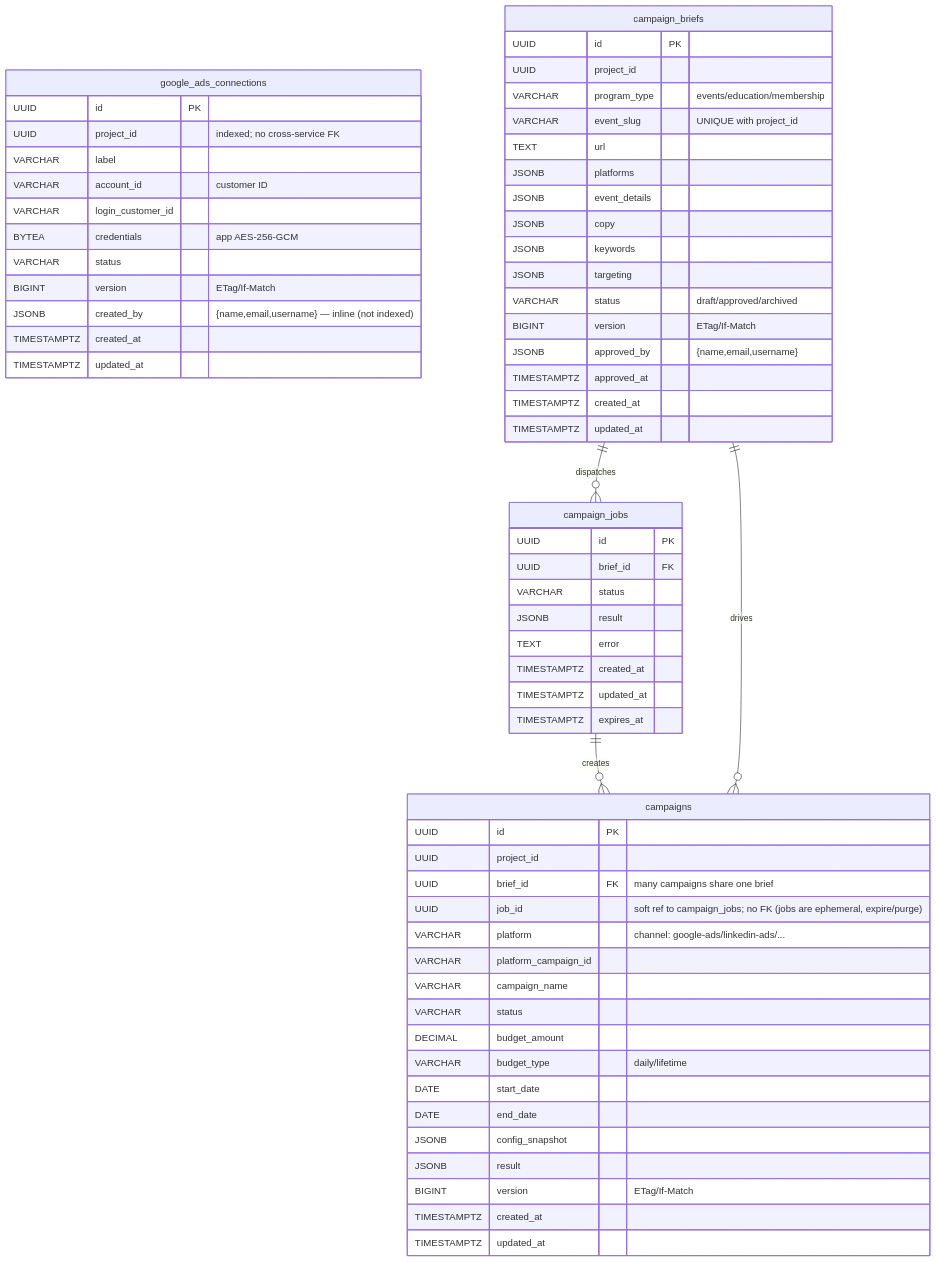
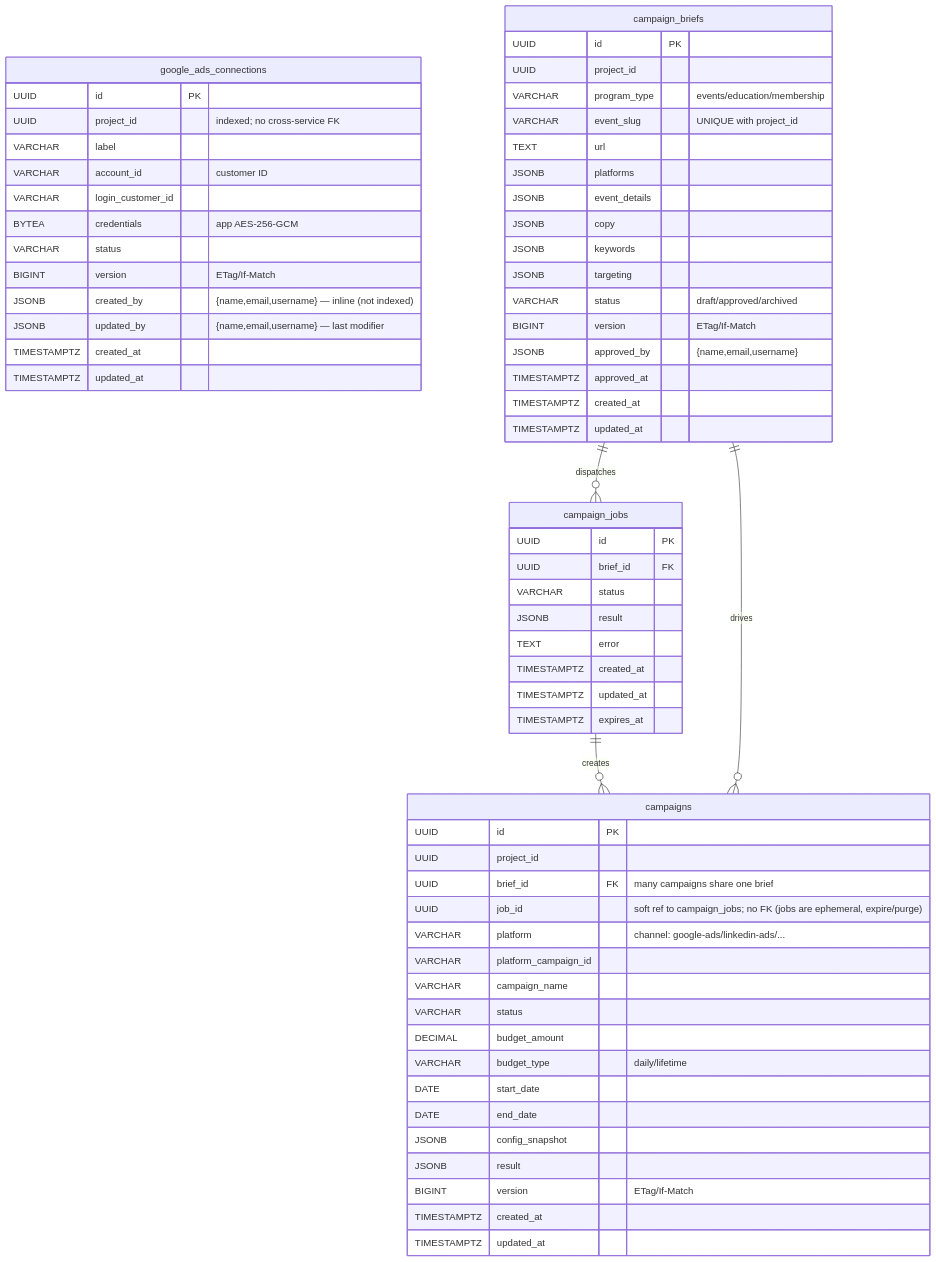
Before and after one commit to linuxfoundation/lfx-v2-campaign-service: the seventh of 8 diagrams in docs/architecture.md, drawn with Mermaid. The commit also changed 2 other files, not shown here.

Commit message:
docs: address Copilot comments Eric endorsed
Per Eric's agreement replies on the Copilot threads:
- Add updated_by alongside created_by on the connection tables (Eric's
  suggestion) — in the common-columns fragment, google_ads DDL, ER
  diagram, Principle 5, and Security bullet. Fix the inline 'common
  columns (see above)' list to include created_by/updated_by.
- Narrow API-rule 3: only briefs and campaigns are indexed into the
  Query Service; connections are read directly (resolves the 'all
  resources are indexed' vs 'connections not indexed' contradiction).

(The marketing_auditor thread needs no change — Eric confirmed the doc
is correct and the upstream model.fga comment is what's stale.)

LFXV2-2553

````diff
--- a/docs/architecture.md
+++ b/docs/architecture.md
@@ -340,70 +340,71 @@
 ```mermaid
 erDiagram
     google_ads_connections {
         UUID id PK
         UUID project_id "indexed; no cross-service FK"
         VARCHAR label
         VARCHAR account_id "customer ID"
         VARCHAR login_customer_id
         BYTEA credentials "app AES-256-GCM"
         VARCHAR status
         BIGINT version "ETag/If-Match"
         JSONB created_by "{name,email,username} — inline (not indexed)"
+        JSONB updated_by "{name,email,username} — last modifier"
         TIMESTAMPTZ created_at
         TIMESTAMPTZ updated_at
     }
 
     campaign_briefs {
         UUID id PK
         UUID project_id
         VARCHAR program_type "events/education/membership"
         VARCHAR event_slug "UNIQUE with project_id"
         TEXT url
         JSONB platforms
         JSONB event_details
         JSONB copy
         JSONB keywords
         JSONB targeting
         VARCHAR status "draft/approved/archived"
         BIGINT version "ETag/If-Match"
         JSONB approved_by "{name,email,username}"
         TIMESTAMPTZ approved_at
         TIMESTAMPTZ created_at
         TIMESTAMPTZ updated_at
     }
 
     campaigns {
         UUID id PK
         UUID project_id
         UUID brief_id FK "many campaigns share one brief"
         UUID job_id "soft ref to campaign_jobs; no FK (jobs are ephemeral, expire/purge)"
         VARCHAR platform "channel: google-ads/linkedin-ads/..."
         VARCHAR platform_campaign_id
         VARCHAR campaign_name
         VARCHAR status
         DECIMAL budget_amount
         VARCHAR budget_type "daily/lifetime"
         DATE start_date
         DATE end_date
         JSONB config_snapshot
         JSONB result
         BIGINT version "ETag/If-Match"
         TIMESTAMPTZ created_at
         TIMESTAMPTZ updated_at
     }
 
     campaign_jobs {
         UUID id PK
         UUID brief_id FK
         VARCHAR status
         JSONB result
         TEXT error
         TIMESTAMPTZ created_at
         TIMESTAMPTZ updated_at
         TIMESTAMPTZ expires_at
     }
 
     campaign_briefs ||--o{ campaign_jobs : "dispatches"
     campaign_jobs ||--o{ campaigns : "creates"
     campaign_briefs ||--o{ campaigns : "drives"
 ```
````
